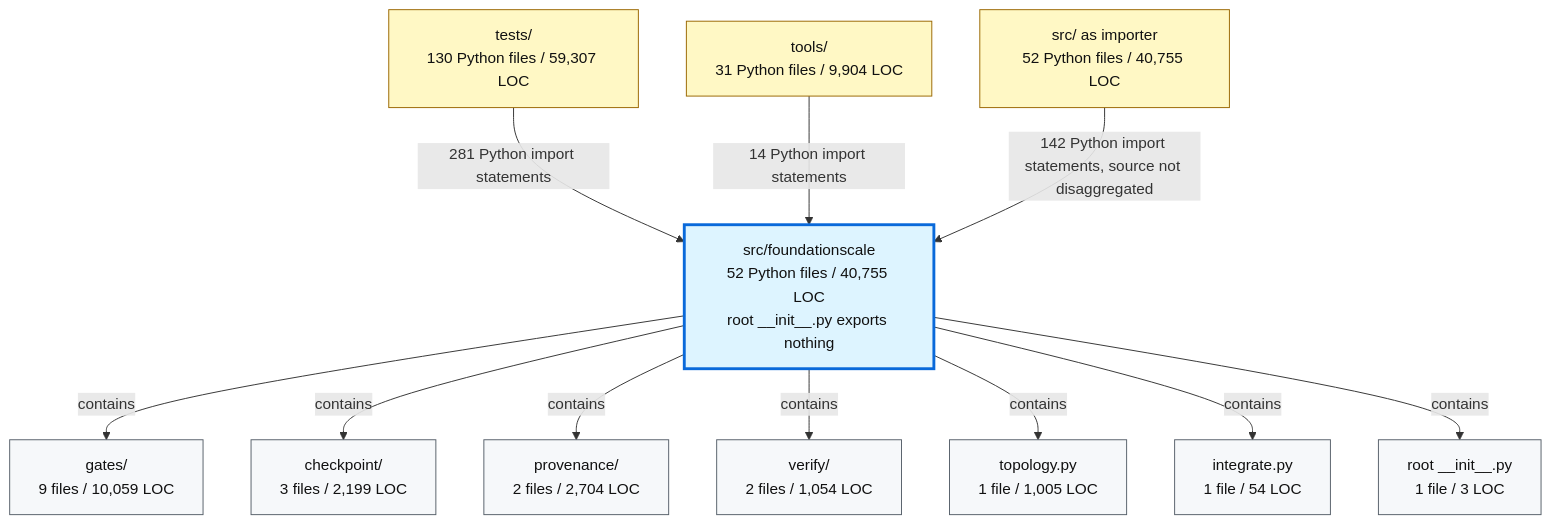
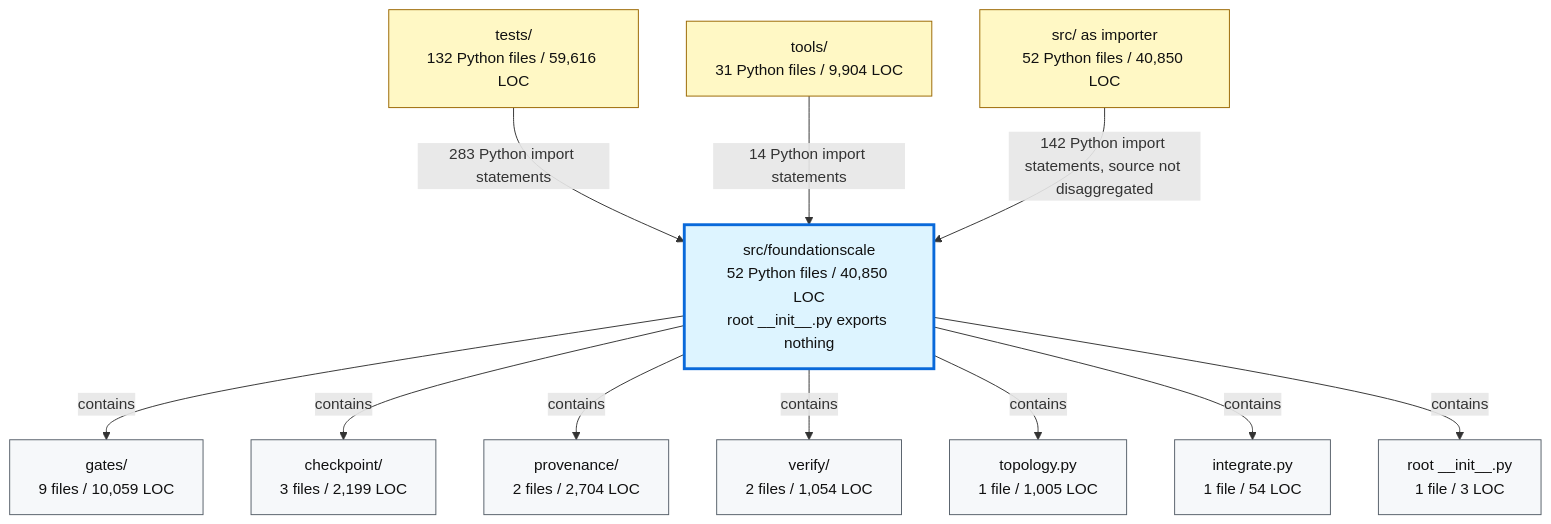
Before and after one commit to TranNhiem/FoundationScale: the second of 2 diagrams in docs/review/D2_current_architecture.md, drawn with Mermaid. The commit also changed other lines of this file and 27 other files, not shown here.

````diff
--- a/docs/review/D2_current_architecture.md
+++ b/docs/review/D2_current_architecture.md
@@ -97,36 +97,36 @@
 ```mermaid
 flowchart TB
-  TESTS["tests/<br/>130 Python files / 59,307 LOC"]
+  TESTS["tests/<br/>132 Python files / 59,616 LOC"]
   TOOLS["tools/<br/>31 Python files / 9,904 LOC"]
-  SRC["src/ as importer<br/>52 Python files / 40,755 LOC"]
+  SRC["src/ as importer<br/>52 Python files / 40,850 LOC"]
 
-  FS["src/foundationscale<br/>52 Python files / 40,755 LOC<br/>root __init__.py exports nothing"]
+  FS["src/foundationscale<br/>52 Python files / 40,850 LOC<br/>root __init__.py exports nothing"]
 
   GATES["gates/<br/>9 files / 10,059 LOC"]
   CKPT["checkpoint/<br/>3 files / 2,199 LOC"]
   PROV["provenance/<br/>2 files / 2,704 LOC"]
   VERIFY["verify/<br/>2 files / 1,054 LOC"]
   TOPO["topology.py<br/>1 file / 1,005 LOC"]
   INTEG["integrate.py<br/>1 file / 54 LOC"]
   ROOT["root __init__.py<br/>1 file / 3 LOC"]
 
-  TESTS -->|"281 Python import statements"| FS
+  TESTS -->|"283 Python import statements"| FS
   TOOLS -->|"14 Python import statements"| FS
   SRC -->|"142 Python import statements, source not disaggregated"| FS
 
   FS -->|"contains"| GATES
   FS -->|"contains"| CKPT
   FS -->|"contains"| PROV
   FS -->|"contains"| VERIFY
   FS -->|"contains"| TOPO
   FS -->|"contains"| INTEG
   FS -->|"contains"| ROOT
 
   classDef consumer fill:#fff8c5,stroke:#9a6700,color:#111;
   classDef package fill:#ddf4ff,stroke:#0969da,stroke-width:3px,color:#111;
   classDef module fill:#f6f8fa,stroke:#57606a,color:#111;
 
   class TESTS,TOOLS,SRC consumer;
   class FS package;
   class GATES,CKPT,PROV,VERIFY,TOPO,INTEG,ROOT module;
 ```
````
